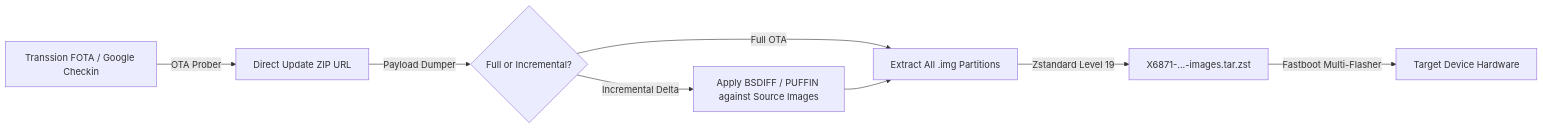
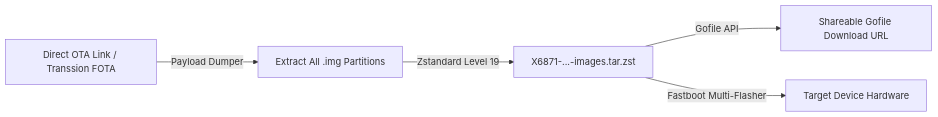
The diagram in README.md (sheikhmehraann/Transsion-Firmware-Toolkit), drawn with Mermaid before and after one commit. The commit also changed other lines of this file and 4 other files, not shown here.

Commit message:
feat: Add 1-click OTA link to .img extraction, Rama-style .tar.zst packager, and direct Gofile uploader

````diff
--- a/README.md
+++ b/README.md
@@ -31,10 +32,7 @@
 ```mermaid
 flowchart LR
-    A[Transsion FOTA / Google Checkin] -->|OTA Prober| B[Direct Update ZIP URL]
-    B -->|Payload Dumper| C{Full or Incremental?}
-    C -->|Full OTA| D[Extract All .img Partitions]
-    C -->|Incremental Delta| E[Apply BSDIFF / PUFFIN against Source Images]
-    E --> D
-    D -->|Zstandard Level 19| F[X6871-...-images.tar.zst]
-    F -->|Fastboot Multi-Flasher| G[Target Device Hardware]
+    A[Direct OTA Link / Transsion FOTA] -->|Payload Dumper| B[Extract All .img Partitions]
+    B -->|Zstandard Level 19| C[X6871-...-images.tar.zst]
+    C -->|Gofile API| D[Shareable Gofile Download URL]
+    C -->|Fastboot Multi-Flasher| E[Target Device Hardware]
 ```
````
